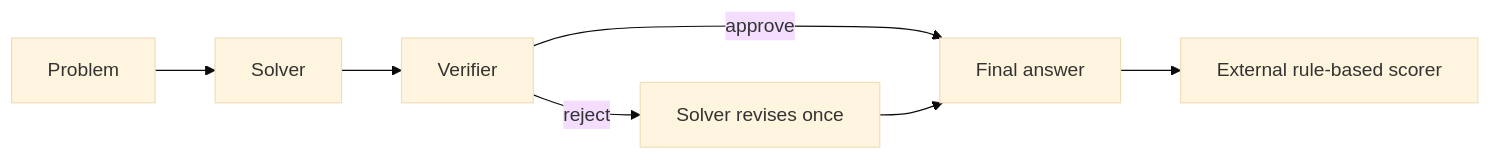
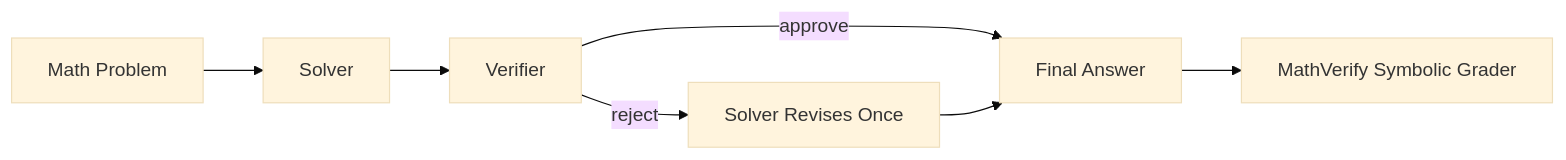
Before and after one commit to google/tunix: the second of 3 diagrams in docs/swarm_training_design.md, drawn with Mermaid (base theme). The commit also changed other lines of this file and 20 other files, not shown here.

````diff
--- a/docs/swarm_training_design.md
+++ b/docs/swarm_training_design.md
@@ -138,9 +119,7 @@
 ```mermaid
 flowchart LR
-    Q[Problem] --> S[Solver]
-    S --> V[Verifier]
-    V -->|approve| F[Final answer]
-    V -->|reject| S2[Solver revises once]
-    S2 --> F
-    F --> G[External rule-based scorer]
+    Q["Math Problem"] --> S["Solver"] --> V["Verifier"]
+    V -->|"approve"| F["Final Answer"]
+    V -->|"reject"| S2["Solver Revises Once"] --> F
+    F --> G["MathVerify Symbolic Grader"]
 ```
````
